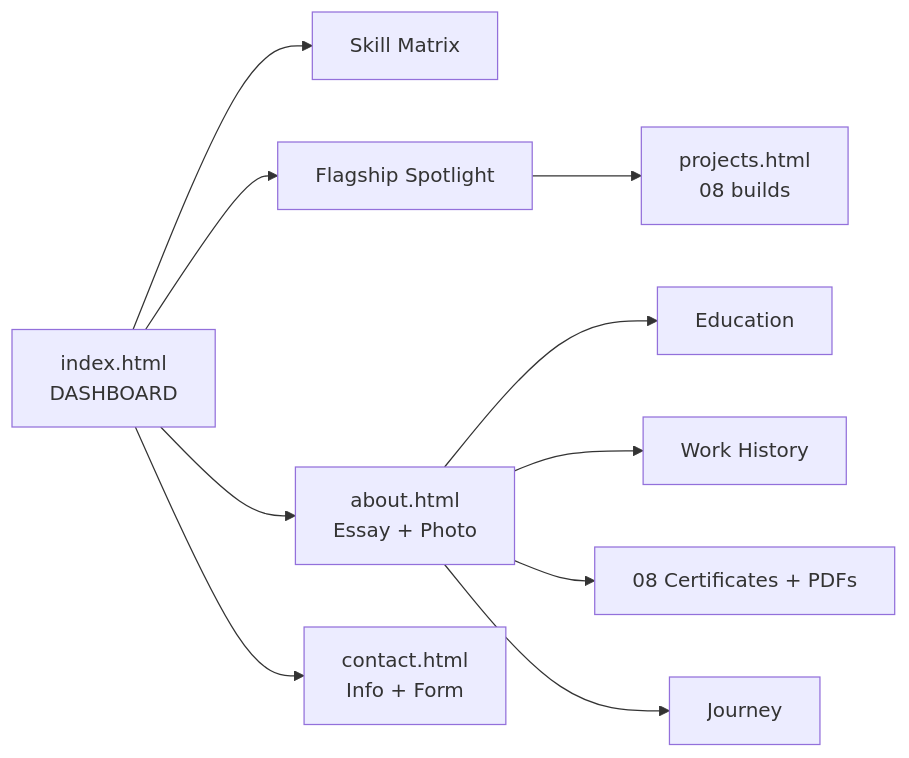
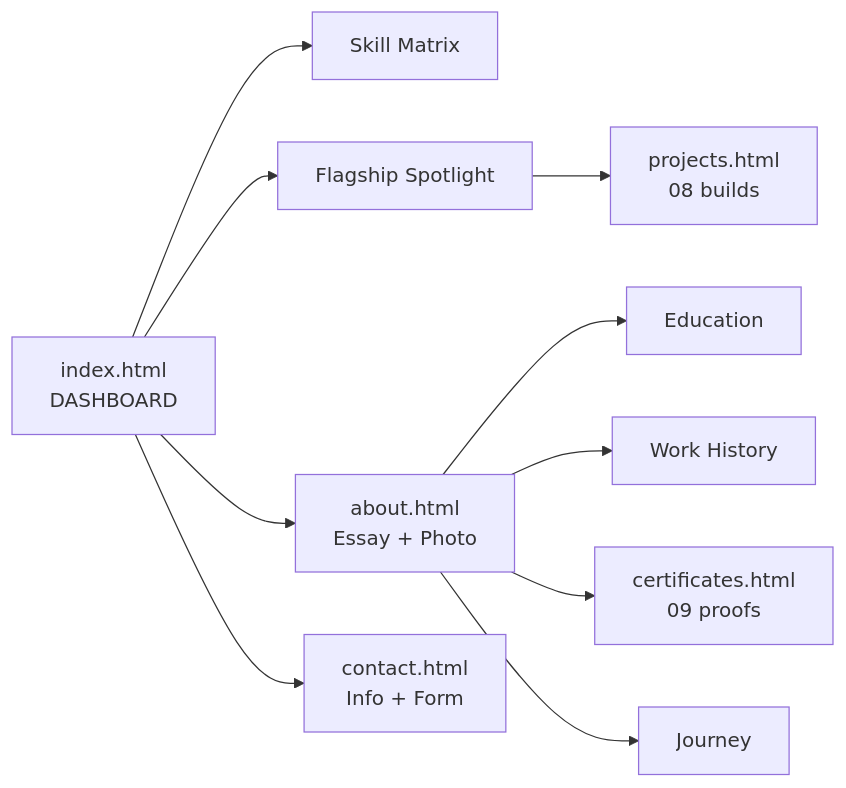
Before and after one commit to arkap1502/portfolio: the diagram in README.md, drawn with Mermaid. The commit also changed other lines of this file and 5 other files, not shown here.

````diff
--- a/README.md
+++ b/README.md
@@ -176,12 +178,12 @@
 ```mermaid
 flowchart LR
     HOME[index.html<br/>DASHBOARD] --> SKILLS[Skill Matrix]
     HOME --> SPOT[Flagship Spotlight]
     SPOT --> ARCH[projects.html<br/>08 builds]
     HOME --> ABOUT[about.html<br/>Essay + Photo]
     ABOUT --> EDU[Education]
     ABOUT --> WORK[Work History]
-    ABOUT --> CERT[08 Certificates + PDFs]
+    ABOUT --> CERTPAGE[certificates.html<br/>09 proofs]
     ABOUT --> JOURNEY[Journey]
     HOME --> CONTACT[contact.html<br/>Info + Form]
 ```
````
